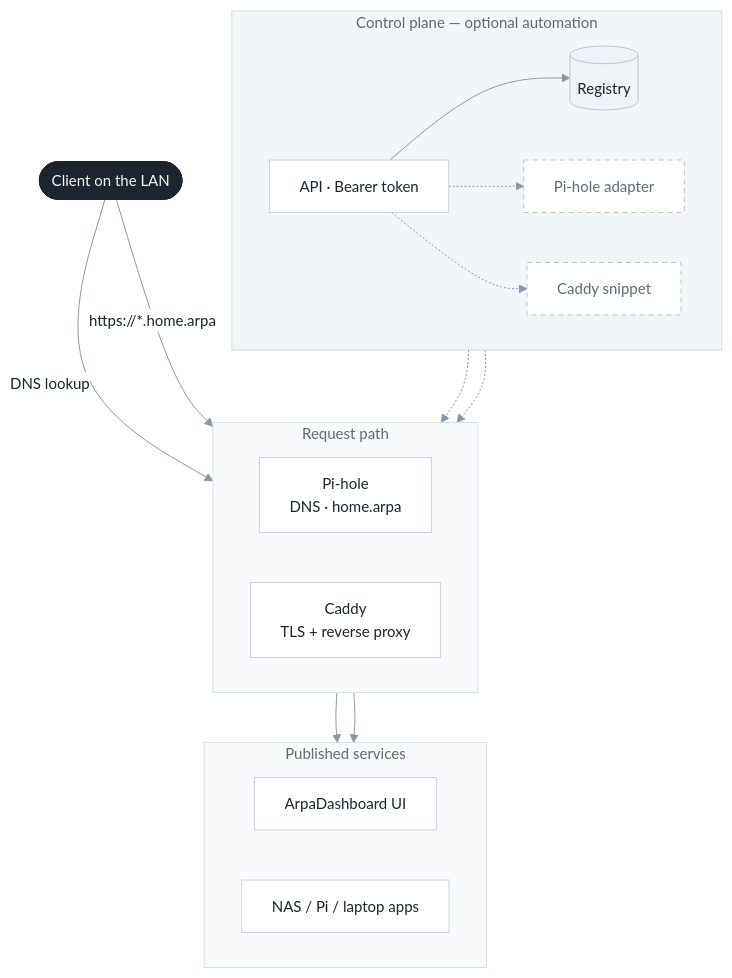
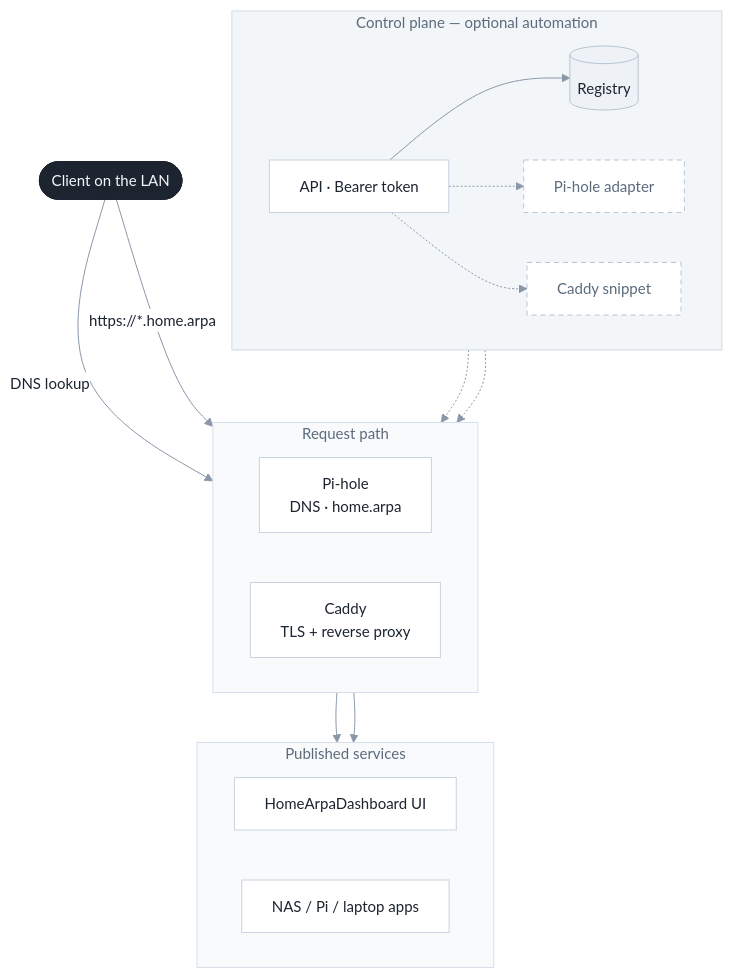
The diagram in README.md (bluefate/home-arpa-dashboard), drawn with Mermaid before and after one commit. The commit also changed other lines of this file and 13 other files, not shown here.

Commit message:
docs: rename product to HomeArpaDashboard

````diff
--- a/README.md
+++ b/README.md
@@ -36,71 +36,71 @@
 ```mermaid
 %%{init: {
   "theme": "base",
   "themeVariables": {
     "fontFamily": "ui-sans-serif, system-ui, sans-serif",
     "fontSize": "15px",
     "primaryColor": "#f5f7fa",
     "primaryTextColor": "#1c2430",
     "primaryBorderColor": "#c9d4e0",
     "secondaryColor": "#eef2f6",
     "secondaryTextColor": "#1c2430",
     "secondaryBorderColor": "#c9d4e0",
     "tertiaryColor": "#ffffff",
     "lineColor": "#8a97a8",
     "textColor": "#1c2430",
     "mainBkg": "#f5f7fa",
     "nodeBorder": "#c9d4e0",
     "clusterBkg": "#f8fafc",
     "clusterBorder": "#d7e0ea",
     "titleColor": "#5b6b7c",
     "edgeLabelBackground": "#ffffff"
   }
 }}%%
 flowchart TB
   Client(["Client on the LAN"])
 
   subgraph path ["Request path"]
     direction LR
     DNS["Pi-hole\nDNS · home.arpa"]
     Edge["Caddy\nTLS + reverse proxy"]
   end
 
   subgraph published ["Published services"]
     direction LR
-    Dash["ArpaDashboard UI"]
+    Dash["HomeArpaDashboard UI"]
     Labs["NAS / Pi / laptop apps"]
   end
 
   subgraph control ["Control plane — optional automation"]
     direction LR
     API["API · Bearer token"]
     Reg[("Registry")]
     SyncDNS["Pi-hole adapter"]
     SyncCaddy["Caddy snippet"]
   end
 
   Client -->|"DNS lookup"| DNS
   Client -->|"https://*.home.arpa"| Edge
   Edge --> Dash
   Edge --> Labs
 
   API --> Reg
   API -.-> SyncDNS
   API -.-> SyncCaddy
   SyncDNS -.-> DNS
   SyncCaddy -.-> Edge
 
   classDef actor fill:#1c2430,stroke:#1c2430,color:#f5f7fa,rx:10,ry:10
   classDef node fill:#ffffff,stroke:#c9d4e0,color:#1c2430
   classDef store fill:#eef2f6,stroke:#b7c4d2,color:#1c2430
   classDef optional fill:#ffffff,stroke:#b7c4d2,color:#5b6b7c,stroke-dasharray: 5 4
 
   class Client actor
   class DNS,Edge,Dash,Labs,API node
   class Reg store
   class SyncDNS,SyncCaddy optional
 
   style path fill:#f8fafc,stroke:#d7e0ea,color:#5b6b7c
   style published fill:#f8fafc,stroke:#d7e0ea,color:#5b6b7c
   style control fill:#f3f6f9,stroke:#d0dae5,color:#5b6b7c
 ```
````
